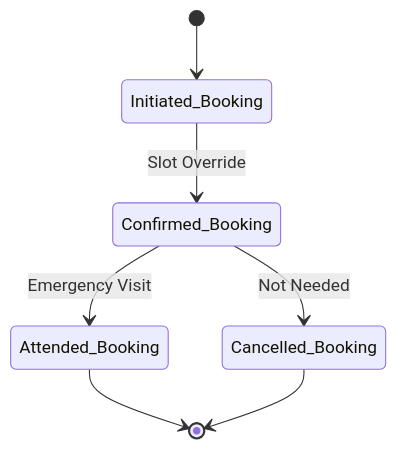
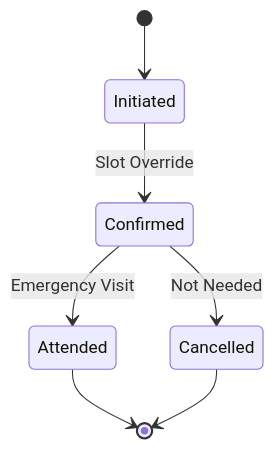
The eighth of 8 diagrams in State Transition Diagrams.md (glory-kasongo-03/Doctor_appointment_booking_system), drawn with Mermaid before and after one commit. The commit also changed other lines of this file, not shown here.

Commit message:
Update State Transition Diagrams.md

````diff
--- a/State Transition Diagrams.md
+++ b/State Transition Diagrams.md
@@ -90,10 +83,9 @@
 ```mermaid
 stateDiagram-v2
-    %% Initial state
-    [*] --> Initiated_Booking
-    Initiated_Booking --> Confirmed_Booking : Slot Override
-    Confirmed_Booking --> Attended_Booking : Emergency Visit
-    Confirmed_Booking --> Cancelled_Booking : Not Needed
-    Attended_Booking --> [*]
-    Cancelled_Booking --> [*]
+    [*] --> Initiated
+    Initiated --> Confirmed : Slot Override
+    Confirmed --> Attended : Emergency Visit
+    Confirmed --> Cancelled : Not Needed
+    Attended --> [*]
+    Cancelled --> [*]
 ```
````
